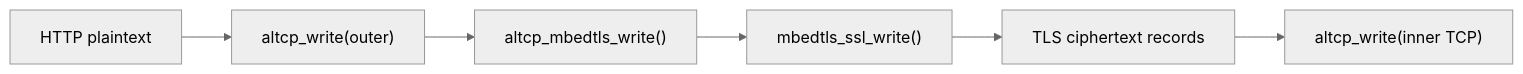
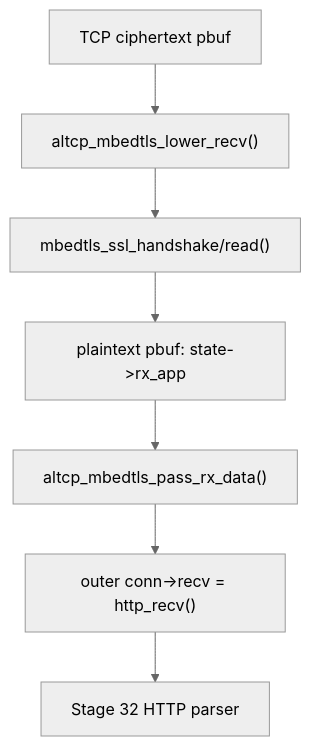
Before and after one commit to wdfk-prog/lwIP-Source-Lab: the sixth of 8 diagrams in docs/33-altcp-tls-https.md, drawn with Mermaid (neutral theme). The commit also changed other lines of this file and 49 other files, not shown here.

````diff
--- a/docs/33-altcp-tls-https.md
+++ b/docs/33-altcp-tls-https.md
@@ -180,8 +796,9 @@
 ```mermaid
-flowchart LR
-    A["HTTP plaintext"] --> B["altcp_write(outer)"]
-    B --> C["altcp_mbedtls_write()"]
-    C --> D["mbedtls_ssl_write()"]
-    D --> E["TLS ciphertext records"]
-    E --> F["altcp_write(inner TCP)"]
+flowchart TD
+    A["TCP ciphertext pbuf"] --> B["altcp_mbedtls_lower_recv()"]
+    B --> C["mbedtls_ssl_handshake/read()"]
+    C --> D["plaintext pbuf: state->rx_app"]
+    D --> E["altcp_mbedtls_pass_rx_data()"]
+    E --> F["outer conn->recv = http_recv()"]
+    F --> G["Stage 32 HTTP parser"]
 ```
````
